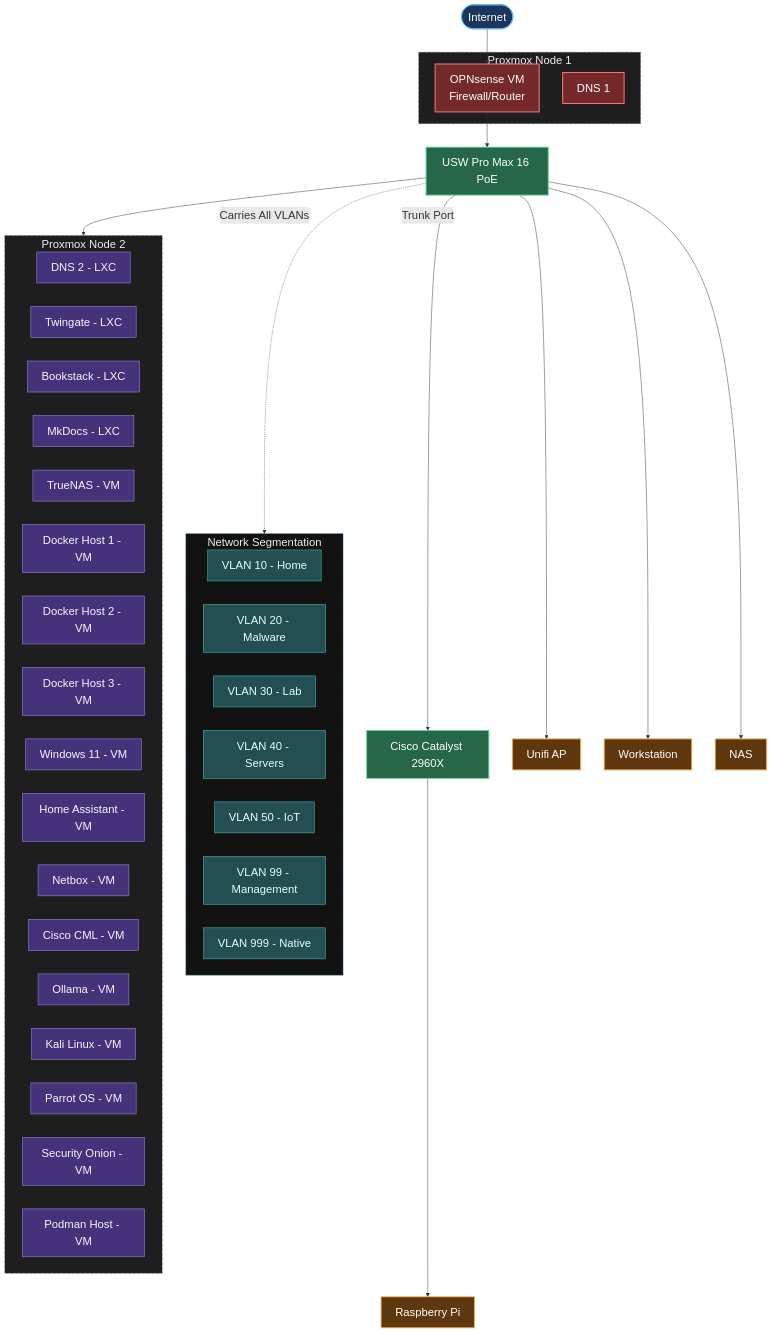
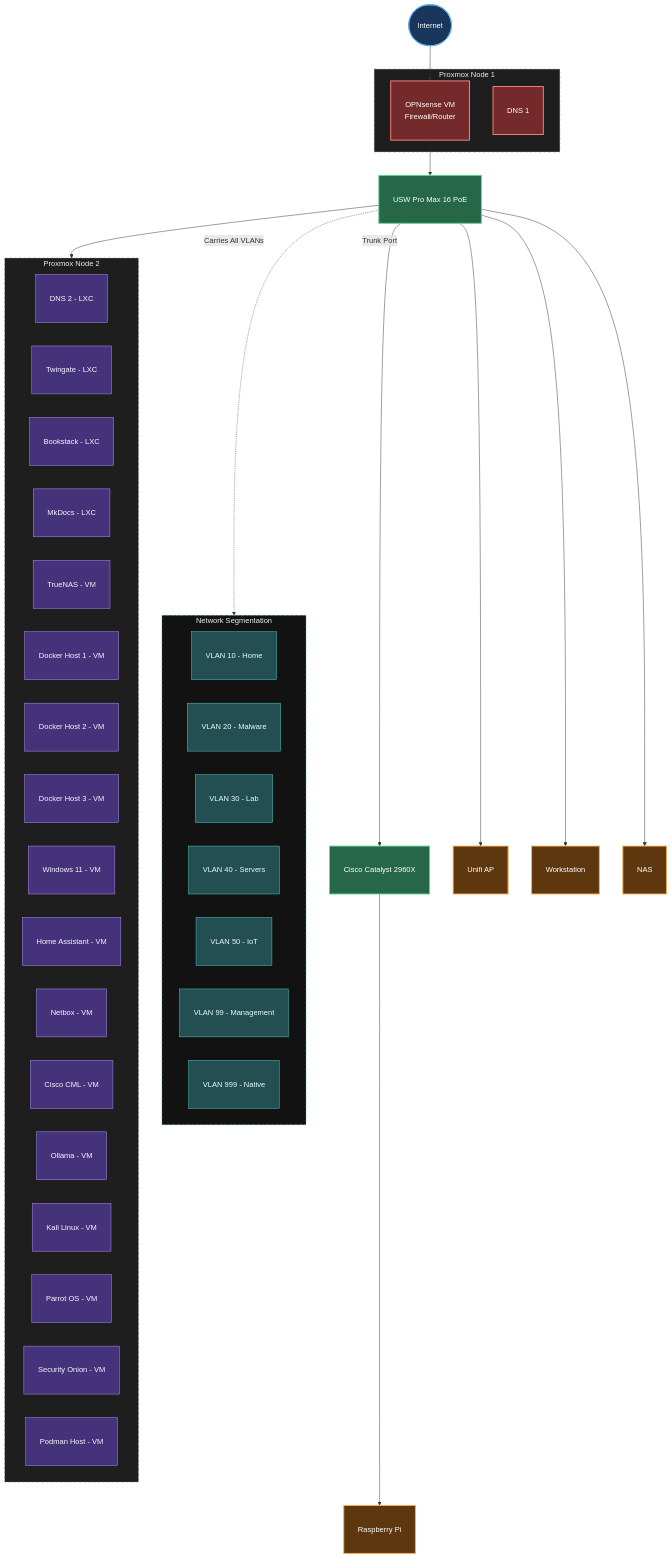
One commit to moshthesubnet/my-lab-docs changed the diagram in docs/index.md. Above: the diagram before and after it, drawn with Mermaid.

````diff
--- a/docs/index.md
+++ b/docs/index.md
@@ -55,5 +55,4 @@
 ```mermaid
-%%{init: {'themeVariables': { 'fontSize': '24px'}}}%%
 graph TB
     %% Internet and Edge
     Internet([Internet])
@@ -125,6 +124,9 @@
     %% DARK THEME STYLING
     %% ==========================================
 
+    %% This forces ALL nodes to scale up their text and padding
+    classDef default font-size:16px,padding:15px;
+
     %% Class Definitions
     classDef internet fill:#1a365d,stroke:#63b3ed,stroke-width:2px,color:#ffffff
     classDef firewall fill:#742a2a,stroke:#fc8181,stroke-width:2px,color:#ffffff
````
